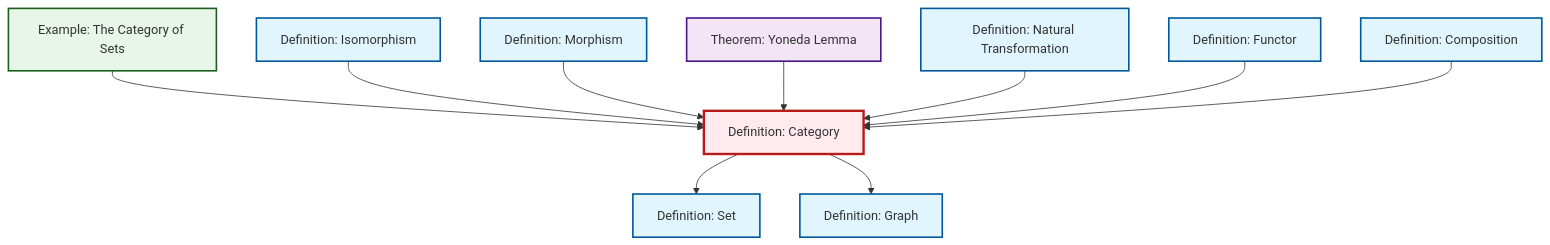
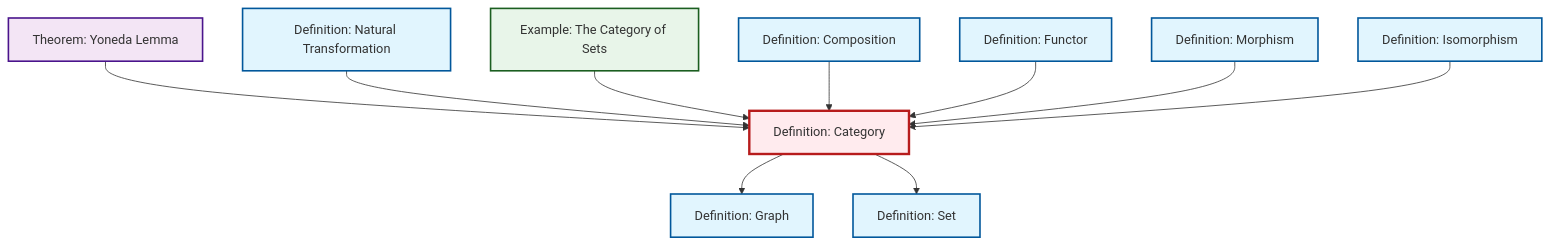
Before and after one commit to RK0429/ModernMath: the diagram in content/en/category-theory/def-category.qmd, drawn with Mermaid. The commit also changed other lines of this file and 497 other files, not shown here.

````diff
--- a/content/en/category-theory/def-category.qmd
+++ b/content/en/category-theory/def-category.qmd
@@ -47,38 +47,38 @@
 ```{mermaid}
 %%| fig-cap: "Local dependency graph"
 graph TD
     classDef definition fill:#e1f5fe,stroke:#01579b,stroke-width:2px
     classDef theorem fill:#f3e5f5,stroke:#4a148c,stroke-width:2px
     classDef axiom fill:#fff3e0,stroke:#e65100,stroke-width:2px
     classDef example fill:#e8f5e9,stroke:#1b5e20,stroke-width:2px
     classDef current fill:#ffebee,stroke:#b71c1c,stroke-width:3px
+    def-natural-transformation["Definition: Natural Transformation"]:::definition
+    ex-set-category["Example: The Category of Sets"]:::example
+    def-set["Definition: Set"]:::definition
+    def-morphism["Definition: Morphism"]:::definition
+    def-category["Definition: Category"]:::definition
+    def-composition["Definition: Composition"]:::definition
+    def-graph["Definition: Graph"]:::definition
+    def-isomorphism["Definition: Isomorphism"]:::definition
+    def-functor["Definition: Functor"]:::definition
     thm-yoneda["Theorem: Yoneda Lemma"]:::theorem
-    def-composition["Definition: Composition"]:::definition
-    def-isomorphism["Definition: Isomorphism"]:::definition
-    def-category["Definition: Category"]:::definition
-    def-natural-transformation["Definition: Natural Transformation"]:::definition
-    def-morphism["Definition: Morphism"]:::definition
-    def-set["Definition: Set"]:::definition
-    def-graph["Definition: Graph"]:::definition
-    def-functor["Definition: Functor"]:::definition
-    ex-set-category["Example: The Category of Sets"]:::example
-    ex-set-category --> def-category
-    def-isomorphism --> def-category
-    def-morphism --> def-category
     thm-yoneda --> def-category
     def-natural-transformation --> def-category
+    ex-set-category --> def-category
+    def-category --> def-graph
+    def-composition --> def-category
+    def-functor --> def-category
+    def-morphism --> def-category
+    def-isomorphism --> def-category
     def-category --> def-set
-    def-category --> def-graph
-    def-functor --> def-category
-    def-composition --> def-category
     class def-category current
+    click def-natural-transformation "def-natural-transformation.html" "Go to Natural Transformation definition"
+    click ex-set-category "ex-set-category.html" "Go to The Category of Sets example"
+    click def-set "def-set.html" "Go to Set definition"
+    click def-morphism "def-morphism.html" "Go to Morphism definition"
+    click def-composition "def-composition.html" "Go to Composition definition"
+    click def-graph "def-graph.html" "Go to Graph definition"
+    click def-isomorphism "def-isomorphism.html" "Go to Isomorphism definition"
+    click def-functor "def-functor.html" "Go to Functor definition"
     click thm-yoneda "thm-yoneda.html" "Go to Yoneda Lemma theorem"
-    click def-composition "def-composition.html" "Go to Composition definition"
-    click def-isomorphism "def-isomorphism.html" "Go to Isomorphism definition"
-    click def-natural-transformation "def-natural-transformation.html" "Go to Natural Transformation definition"
-    click def-morphism "def-morphism.html" "Go to Morphism definition"
-    click def-set "def-set.html" "Go to Set definition"
-    click def-graph "def-graph.html" "Go to Graph definition"
-    click def-functor "def-functor.html" "Go to Functor definition"
-    click ex-set-category "ex-set-category.html" "Go to The Category of Sets example"
 ```
````
